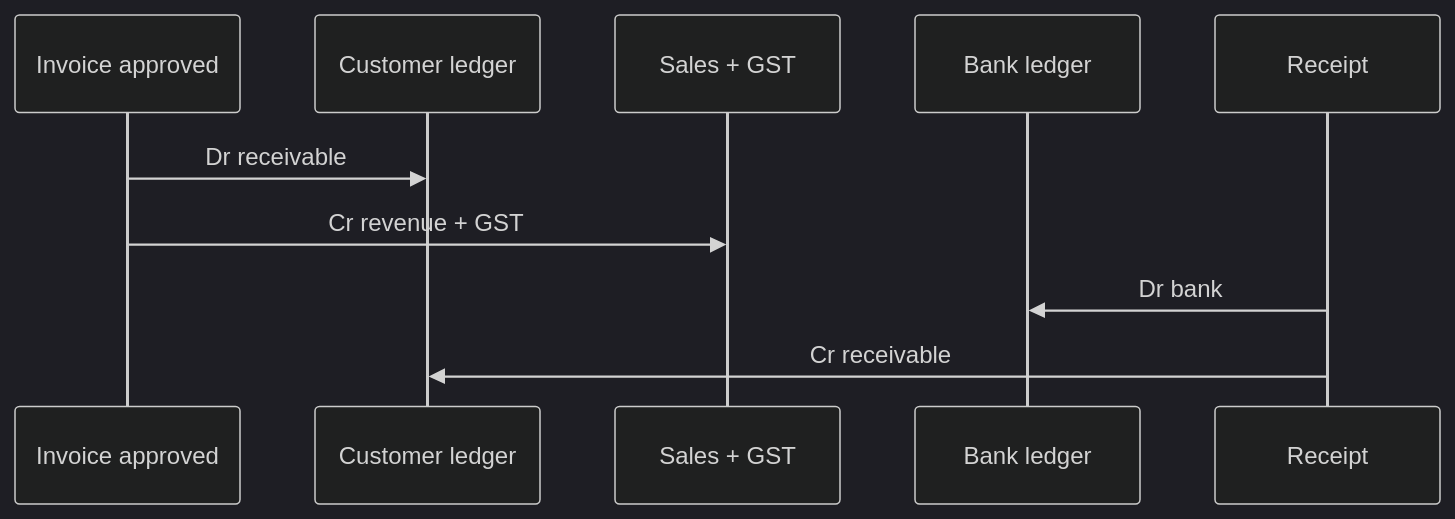
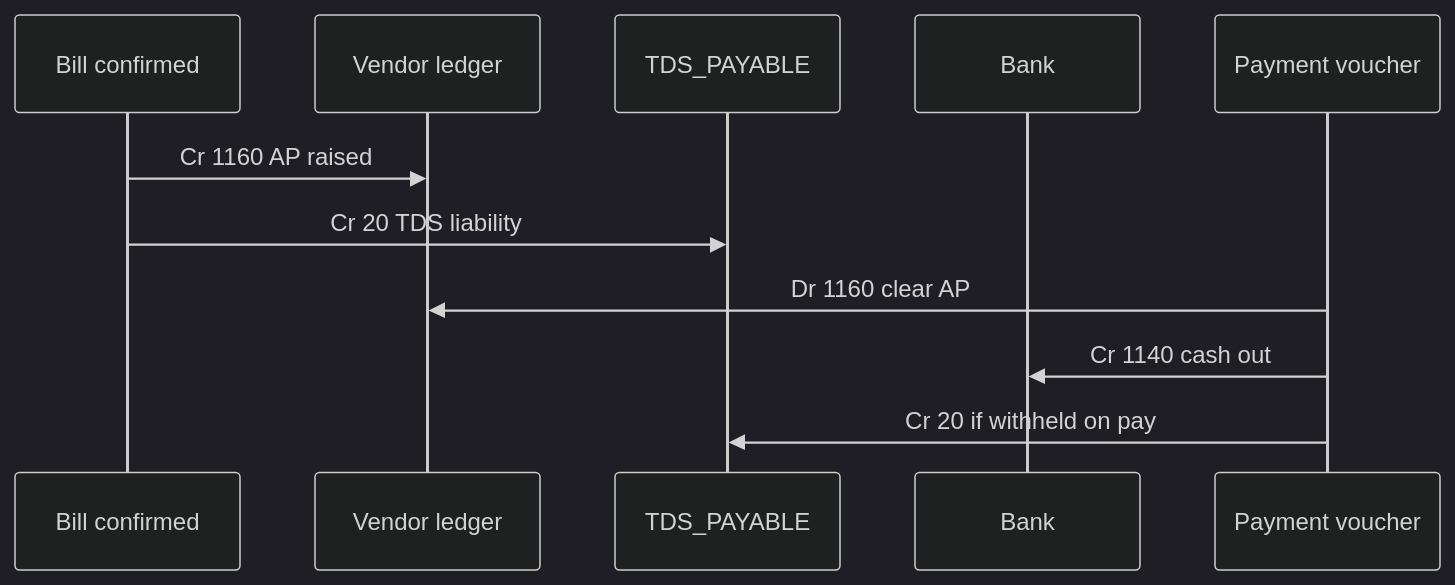
Before and after one commit to Aurifex-Innovations/ERP_docs: the ninth of 23 diagrams in Specifications/Accounts_Final/Graphical_Testing_guide.md, drawn with Mermaid (dark theme). The commit also changed other lines of this file, not shown here.

Commit message:
docs: add graphical testing guide for accounting scenarios, COA, and ledger linkage

````diff
--- a/Specifications/Accounts_Final/Graphical_Testing_guide.md
+++ b/Specifications/Accounts_Final/Graphical_Testing_guide.md
@@ -119,12 +364,14 @@
 ```mermaid
 sequenceDiagram
-  participant Inv as Invoice approved
-  participant AR as Customer ledger
-  participant S as Sales + GST
-  participant B as Bank ledger
-  participant Rcp as Receipt
-  Inv->>AR: Dr receivable
-  Inv->>S: Cr revenue + GST
-  Rcp->>B: Dr bank
-  Rcp->>AR: Cr receivable
+  participant Bill as Bill confirmed
+  participant V as Vendor ledger
+  participant T as TDS_PAYABLE
+  participant B as Bank
+  participant Pay as Payment voucher
+
+  Bill->>V: Cr 1160 AP raised
+  Bill->>T: Cr 20 TDS liability
+  Pay->>V: Dr 1160 clear AP
+  Pay->>B: Cr 1140 cash out
+  Pay->>T: Cr 20 if withheld on pay
 ```
````
